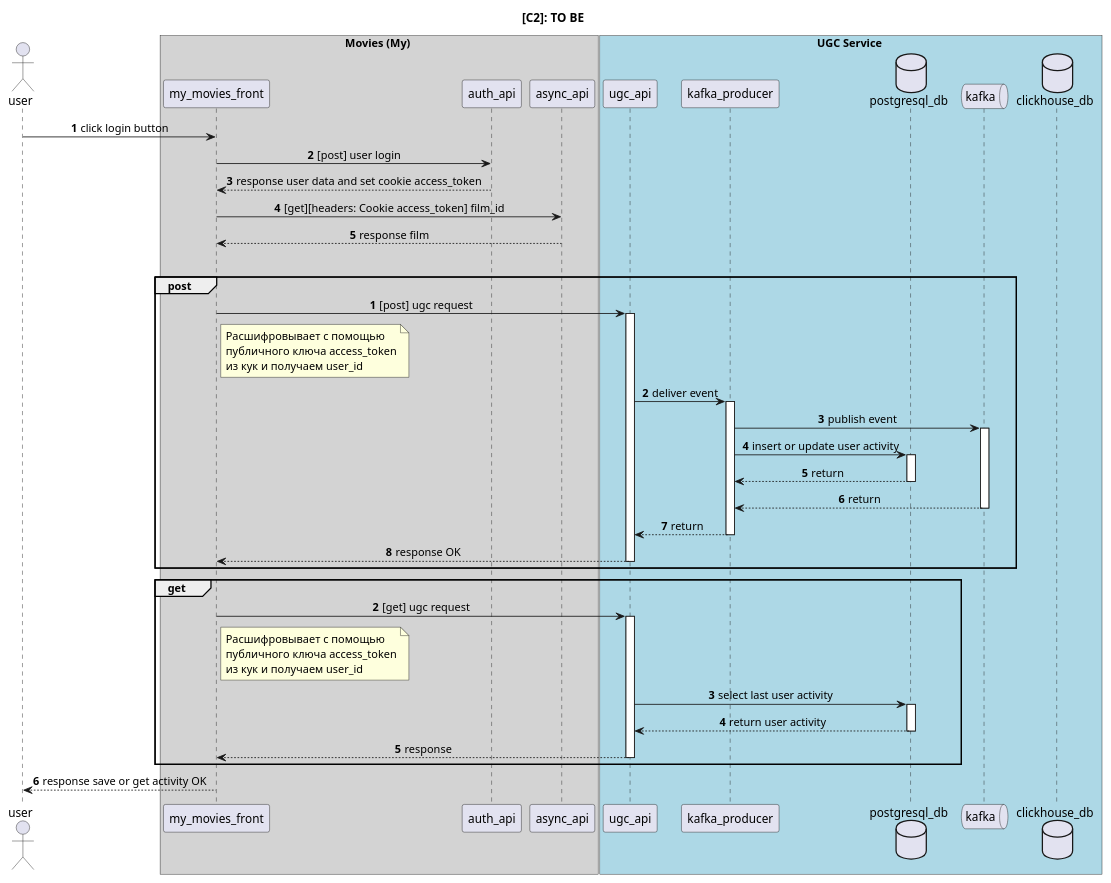
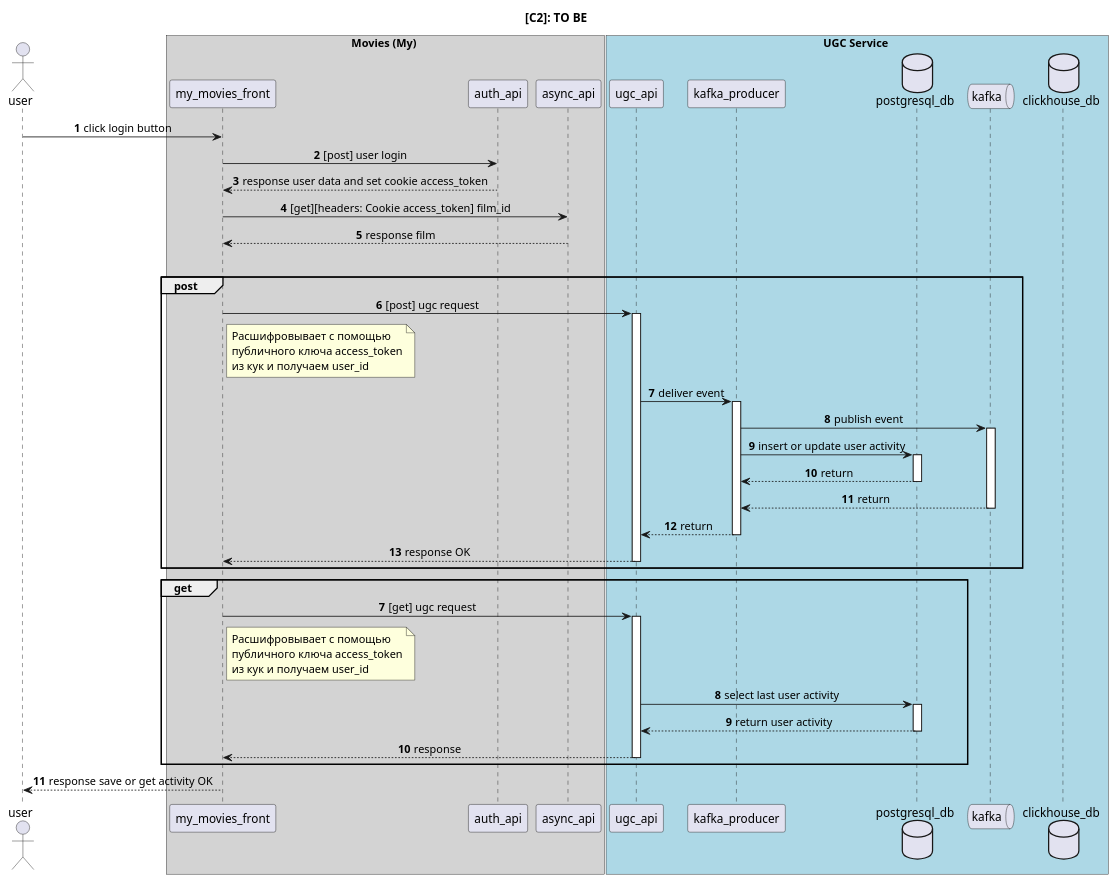
One commit to wiky-avis/movies_ugc_service changed the diagram in docs/с2_to_be.puml. Above: the diagram before and after it, drawn with PlantUML. The commit also changed 1 other file, not shown here.

```diff
--- a/docs/с2_to_be.puml
+++ b/docs/с2_to_be.puml
@@ -1,76 +1,76 @@
 @startuml
 
 title [C2]: TO BE
 
 autonumber
 skinparam sequenceMessageAlign center
 
 actor user as user
 
 box Movies (My) #LightGray
 participant my_movies_front as my_movies_front
 participant auth_api as auth_api
 participant async_api as async_api
 end box
 
 user -> my_movies_front : click login button
 my_movies_front -> auth_api : [post] user login
 my_movies_front <-- auth_api: response user data and set cookie access_token
 my_movies_front -> async_api : [get][headers: Cookie access_token] film_id
 my_movies_front <-- async_api: response film
 
 |||
 
 box UGC Service #lightBlue
 participant ugc_api as ugc_api
 participant kafka_producer as kafka_producer
 database postgresql_db as postgresql_db
 queue kafka as kafka
 database clickhouse_db as clickhouse_db
 end box
 
-autonumber 1
+autonumber 6
 group post
 my_movies_front -> ugc_api: [post] ugc request
 note right of my_movies_front
 Расшифровывает с помощью
 публичного ключа access_token
 из кук и получаем user_id
 end note
 activate ugc_api
 ugc_api -> kafka_producer: deliver event
 activate kafka_producer
 kafka_producer -> kafka: publish event
 activate kafka
 kafka_producer -> postgresql_db: insert or update user activity
 activate postgresql_db
 kafka_producer <-- postgresql_db: return
 deactivate postgresql_db
 kafka_producer <-- kafka: return
 deactivate kafka
 ugc_api <-- kafka_producer: return
 deactivate kafka_producer
 my_movies_front <-- ugc_api: response OK
 deactivate ugc_api
 end
 
-autonumber 2
+autonumber 7
 group get
 my_movies_front -> ugc_api: [get] ugc request
 note right of my_movies_front
 Расшифровывает с помощью
 публичного ключа access_token
 из кук и получаем user_id
 end note
 activate ugc_api
 ugc_api -> postgresql_db: select last user activity
 activate postgresql_db
 ugc_api <-- postgresql_db: return user activity
 deactivate postgresql_db
 my_movies_front <-- ugc_api: response
 deactivate ugc_api
 end
 
 user <-- my_movies_front: response save or get activity OK
 
 @enduml
```
